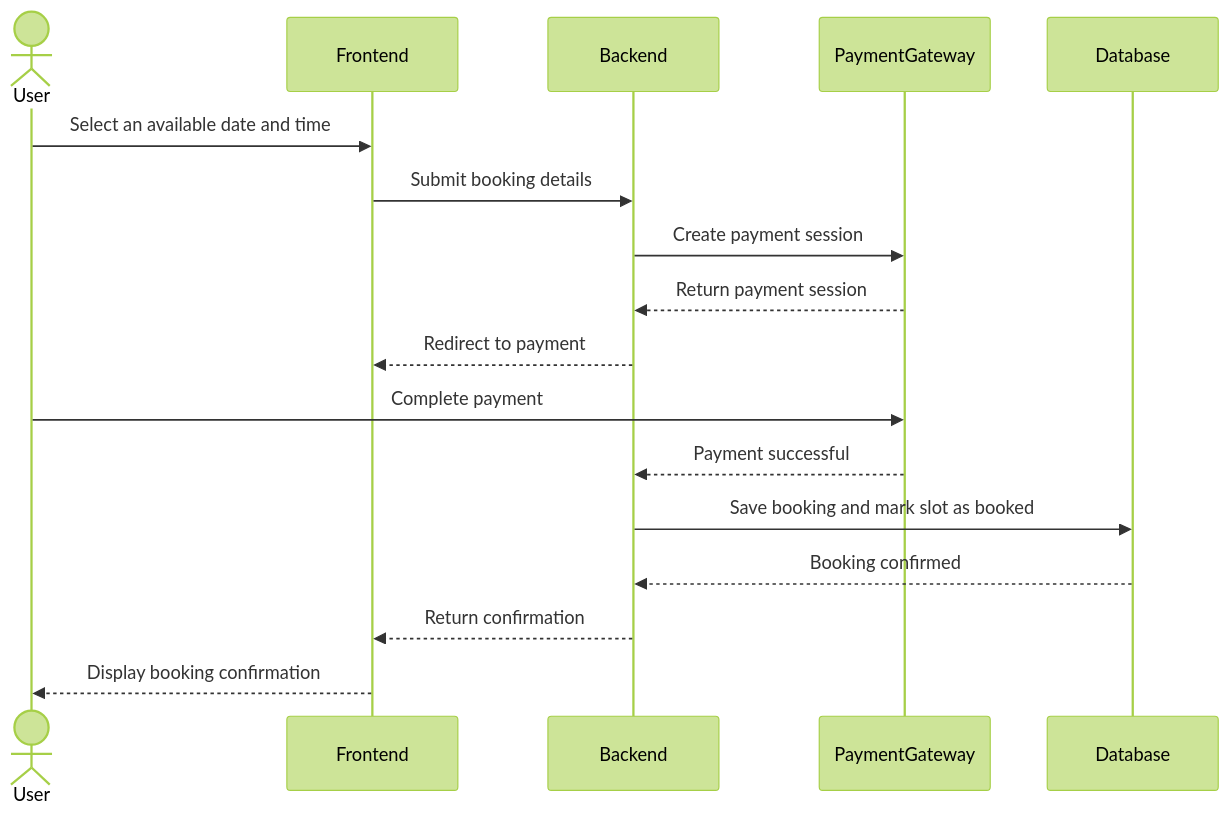
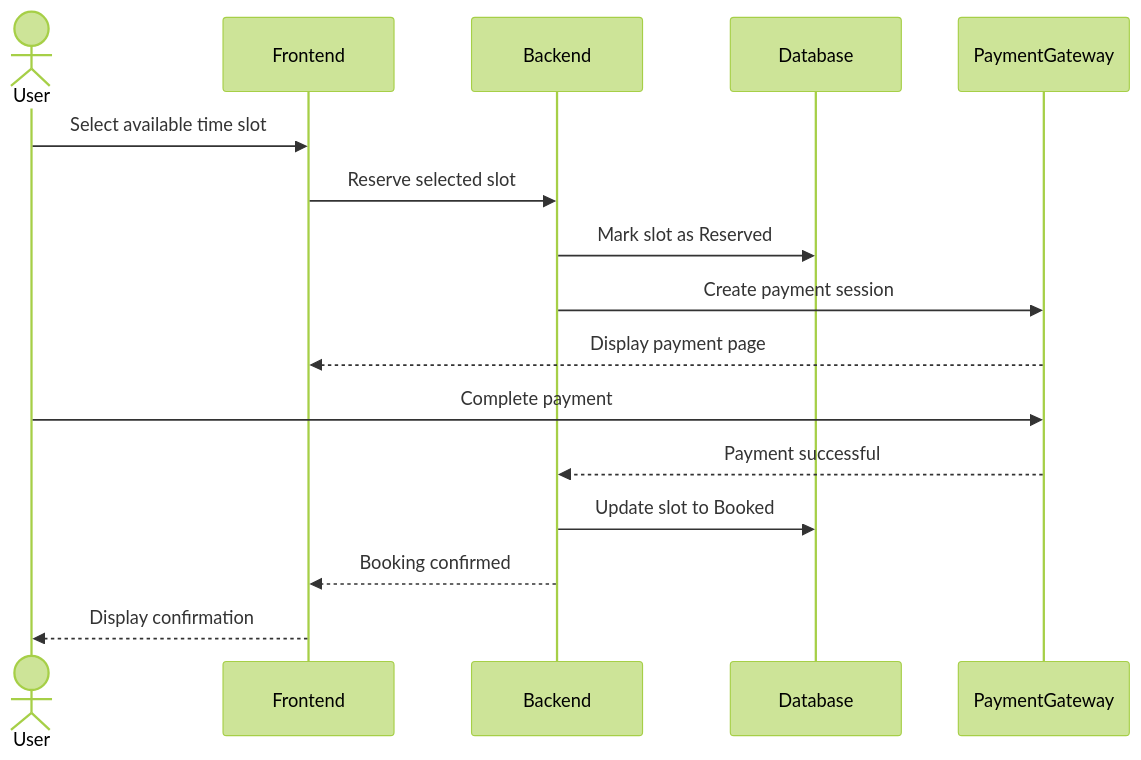
Before and after one commit to laradreamer79/Portfolio-Project: the third of 3 diagrams in stage 3/README.md, drawn with Mermaid (forest theme).

````diff
--- a/stage 3/README.md
+++ b/stage 3/README.md
@@ -49,24 +49,22 @@
 ```mermaid
 sequenceDiagram
     actor User
     participant Frontend
     participant Backend
+    participant Database
     participant PaymentGateway
-    participant Database
 
-    User->>Frontend: Select an available date and time
-    Frontend->>Backend: Submit booking details
+    User->>Frontend: Select available time slot
+    Frontend->>Backend: Reserve selected slot
+    Backend->>Database: Mark slot as Reserved
 
     Backend->>PaymentGateway: Create payment session
-    PaymentGateway-->>Backend: Return payment session
+    PaymentGateway-->>Frontend: Display payment page
 
-    Backend-->>Frontend: Redirect to payment
     User->>PaymentGateway: Complete payment
     PaymentGateway-->>Backend: Payment successful
 
-    Backend->>Database: Save booking and mark slot as booked
-    Database-->>Backend: Booking confirmed
-
-    Backend-->>Frontend: Return confirmation
-    Frontend-->>User: Display booking confirmation
+    Backend->>Database: Update slot to Booked
+    Backend-->>Frontend: Booking confirmed
+    Frontend-->>User: Display confirmation
 ```
````
